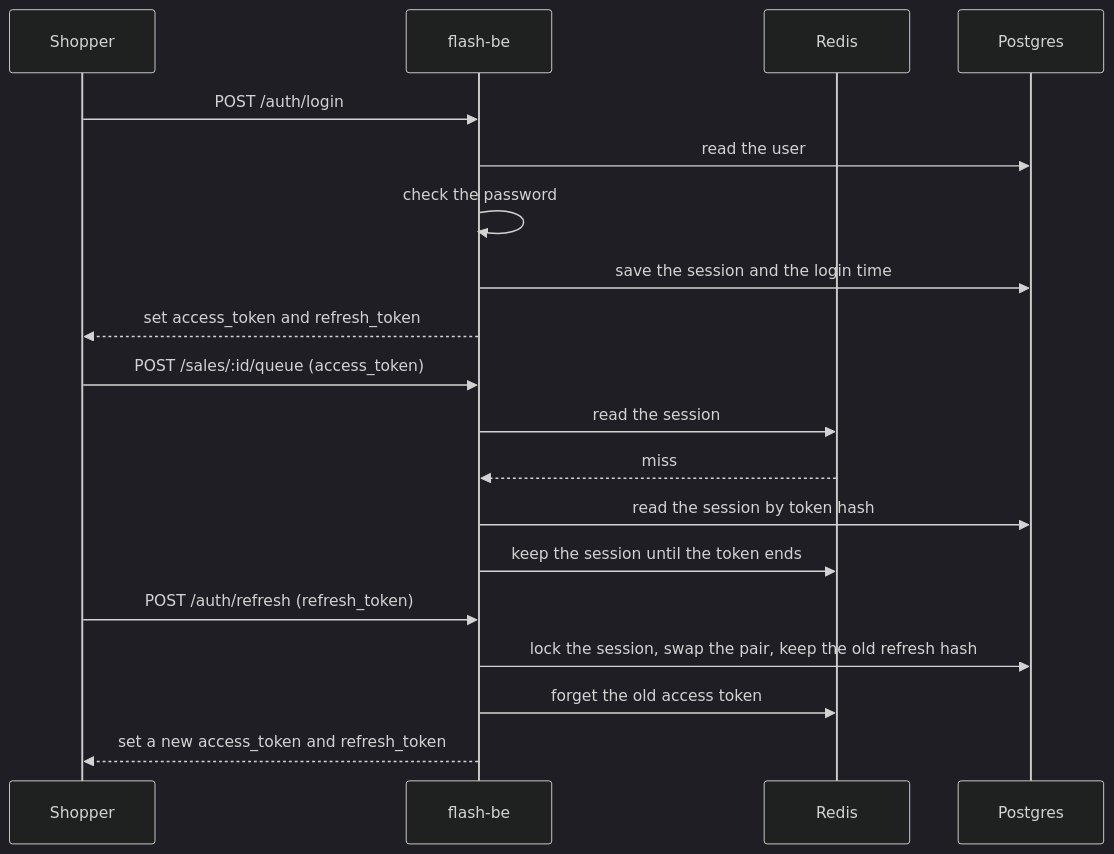
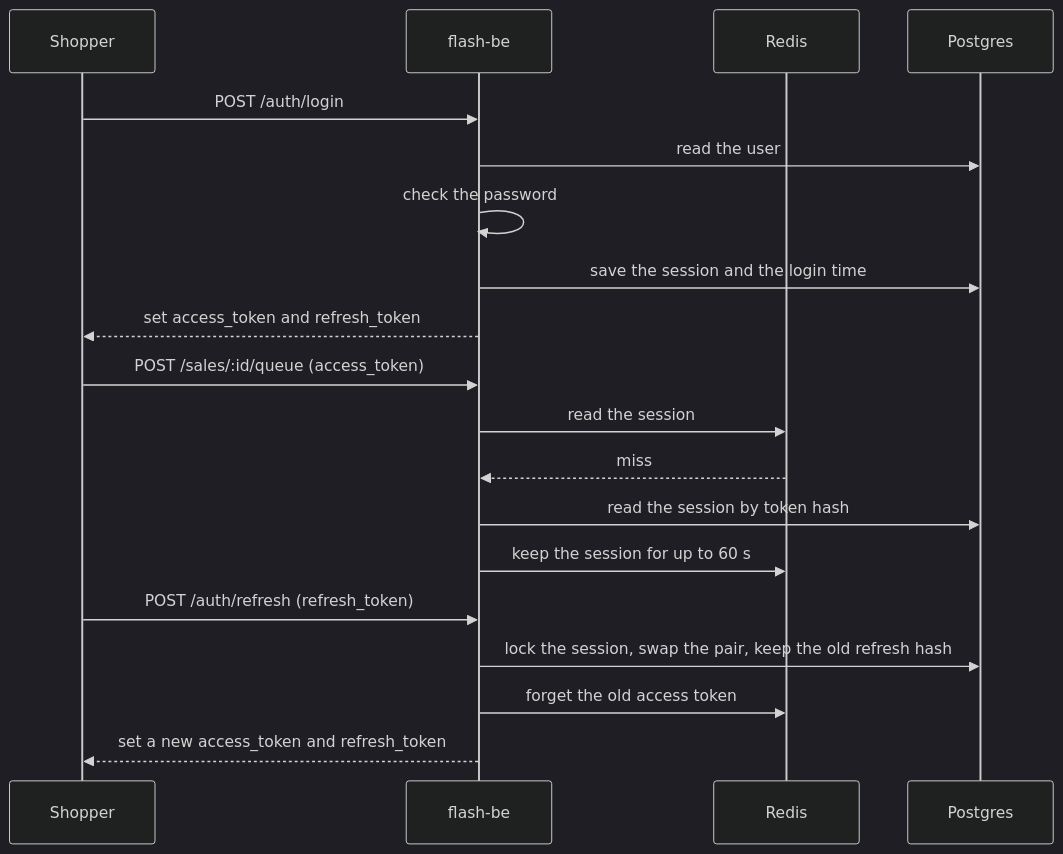
One commit to wahidyankf/coding-itv-js-flashsale changed the first of 4 diagrams in specs/apps/flash/c4/sequences.md. Above: the diagram before and after it, drawn with Mermaid (dark theme). The commit also changed other lines of this file and 30 other files, not shown here.

````diff
--- a/specs/apps/flash/c4/sequences.md
+++ b/specs/apps/flash/c4/sequences.md
@@ -9,23 +9,23 @@
 ```mermaid
 sequenceDiagram
   accTitle: Log in and use the session
   accDescr: The shopper sends a user name and a password. The API reads the user from Postgres, checks the password against its scrypt hash, and writes a session row that holds only the hashes of two new tokens. The reply sets the access and refresh cookies. A later request carries the access cookie; the API looks its hash up in the Redis session cache and falls back to Postgres on a miss. When the access token has ended, the shopper trades the refresh cookie for a new pair, and the old refresh token stops working.
   participant S as Shopper
   participant A as flash-be
   participant R as Redis
   participant P as Postgres
   S->>A: POST /auth/login
   A->>P: read the user
   A->>A: check the password
   A->>P: save the session and the login time
   A-->>S: set access_token and refresh_token
   S->>A: POST /sales/:id/queue (access_token)
   A->>R: read the session
   R-->>A: miss
   A->>P: read the session by token hash
-  A->>R: keep the session until the token ends
+  A->>R: keep the session for up to 60 s
   S->>A: POST /auth/refresh (refresh_token)
   A->>P: lock the session, swap the pair, keep the old refresh hash
   A->>R: forget the old access token
   A-->>S: set a new access_token and refresh_token
 ```
````
